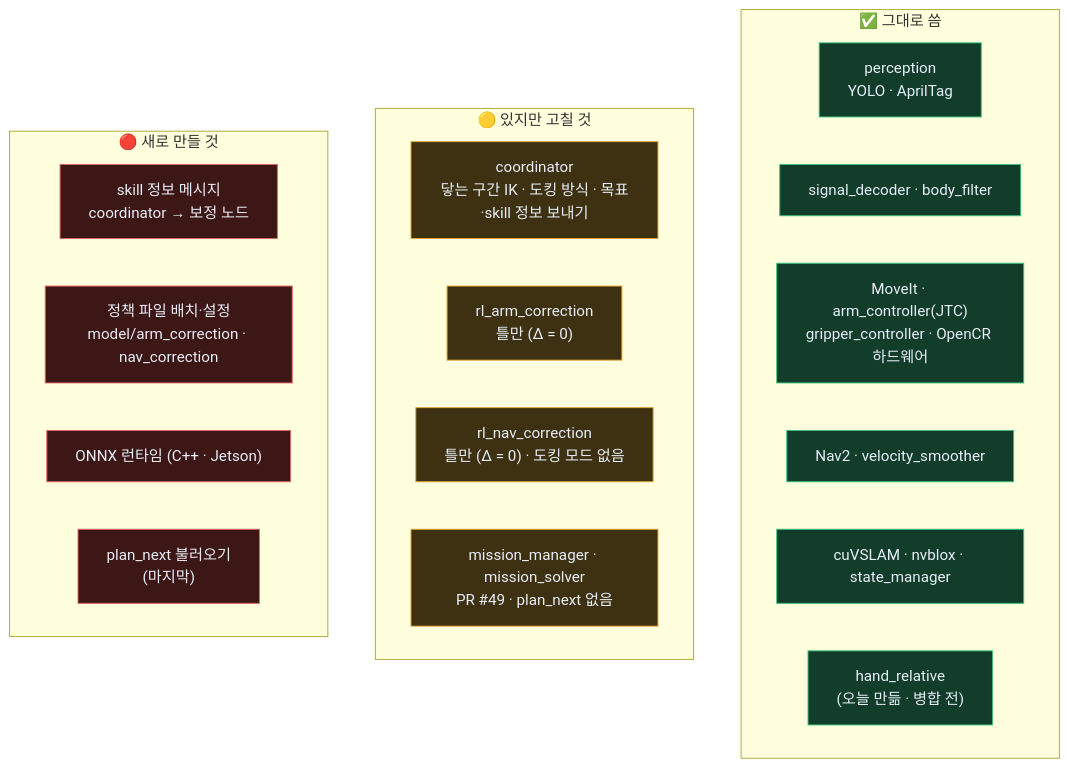
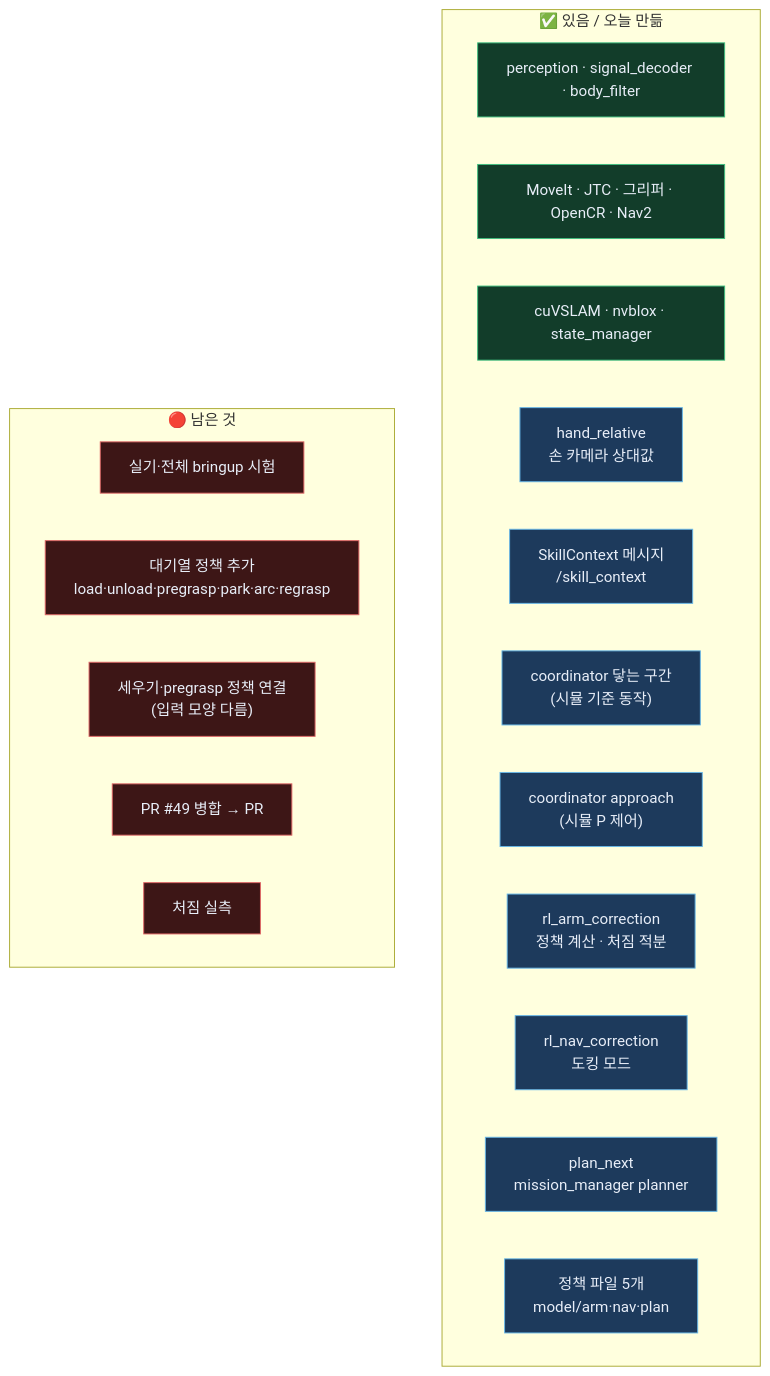
The sixth of 9 diagrams in bee/system-map.md (JuneKunst/JuneKunst.github.io), drawn with Mermaid before and after one commit. The commit also changed other lines of this file and 1 other file, not shown here.

````diff
--- a/bee/system-map.md
+++ b/bee/system-map.md
@@ -232,29 +234,28 @@
 ```mermaid
 flowchart TB
-  subgraph gz_DONE["✅ 그대로 씀"]
+  subgraph gz_DONE["✅ 있음 / 오늘 만듦"]
     direction LR
-    gz_d1["perception<br/>YOLO · AprilTag"]:::ok
-    gz_d2["signal_decoder · body_filter"]:::ok
-    gz_d3["MoveIt · arm_controller(JTC)<br/>gripper_controller · OpenCR 하드웨어"]:::ok
-    gz_d4["Nav2 · velocity_smoother"]:::ok
+    gz_d1["perception · signal_decoder · body_filter"]:::ok
+    gz_d3["MoveIt · JTC · 그리퍼 · OpenCR · Nav2"]:::ok
     gz_d5["cuVSLAM · nvblox · state_manager"]:::ok
-    gz_d6["hand_relative<br/>(오늘 만듦 · 병합 전)"]:::ok
+    gz_d6["hand_relative<br/>손 카메라 상대값"]:::new
+    gz_d7["SkillContext 메시지<br/>/skill_context"]:::new
+    gz_d8["coordinator 닿는 구간<br/>(시뮬 기준 동작)"]:::new
+    gz_d9["coordinator approach<br/>(시뮬 P 제어)"]:::new
+    gz_d10["rl_arm_correction<br/>정책 계산 · 처짐 적분"]:::new
+    gz_d11["rl_nav_correction<br/>도킹 모드"]:::new
+    gz_d12["plan_next<br/>mission_manager planner"]:::new
+    gz_d13["정책 파일 5개<br/>model/arm·nav·plan"]:::new
   end
-  subgraph gz_FIX["🟡 있지만 고칠 것"]
+  subgraph gz_LEFT["🔴 남은 것"]
     direction LR
-    gz_f1["coordinator<br/>닿는 구간 IK · 도킹 방식 · 목표·skill 정보 보내기"]:::wip
-    gz_f2["rl_arm_correction<br/>틀만 (Δ = 0)"]:::wip
-    gz_f3["rl_nav_correction<br/>틀만 (Δ = 0) · 도킹 모드 없음"]:::wip
-    gz_f4["mission_manager · mission_solver<br/>PR #49 · plan_next 없음"]:::wip
-  end
-  subgraph gz_NEW["🔴 새로 만들 것"]
-    direction LR
-    gz_n1["skill 정보 메시지<br/>coordinator → 보정 노드"]:::no
-    gz_n2["정책 파일 배치·설정<br/>model/arm_correction · nav_correction"]:::no
-    gz_n3["ONNX 런타임 (C++ · Jetson)"]:::no
-    gz_n4["plan_next 불러오기<br/>(마지막)"]:::no
+    gz_l1["실기·전체 bringup 시험"]:::no
+    gz_l2["대기열 정책 추가<br/>load·unload·pregrasp·park·arc·regrasp"]:::no
+    gz_l3["세우기·pregrasp 정책 연결<br/>(입력 모양 다름)"]:::no
+    gz_l4["PR #49 병합 → PR"]:::no
+    gz_l5["처짐 실측"]:::no
   end
   classDef ok fill:#123d2a,stroke:#3fbf7f,color:#e8eef8
-  classDef wip fill:#3d3112,stroke:#e2a83a,color:#e8eef8
+  classDef new fill:#1d3a5c,stroke:#67b7e8,color:#e8eef8
   classDef no fill:#3d1616,stroke:#e06666,color:#e8eef8
 ```
````
